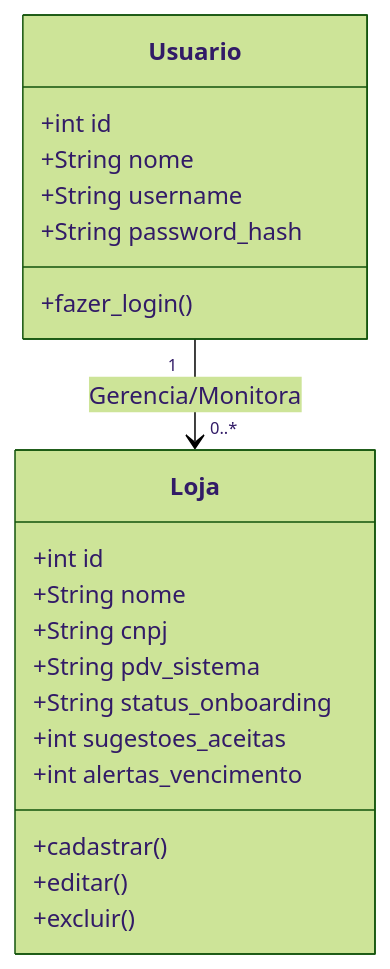
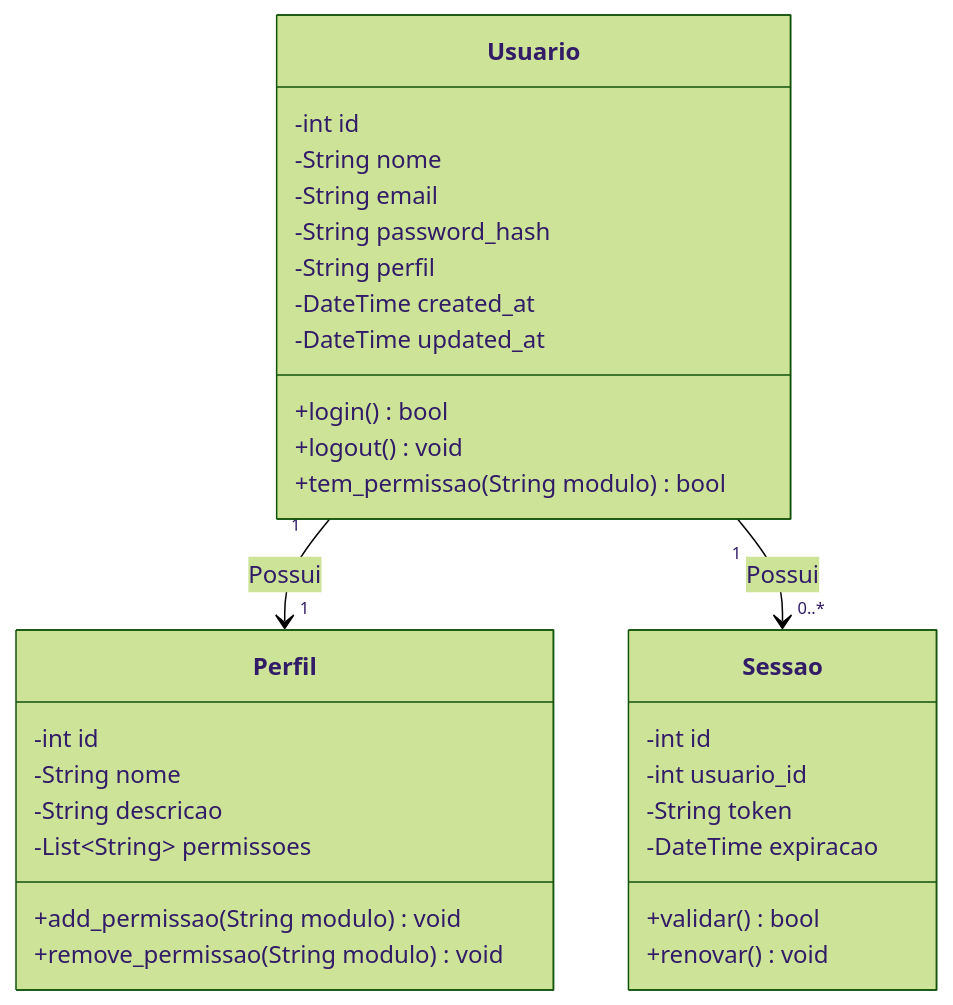
The ninth of 17 diagrams in PLANEJAMENTO.md (LeidySts/PharmaConekt), drawn with Mermaid (forest theme) before and after one commit. The commit also changed other lines of this file, not shown here.

First line of the commit message:
DIAGRAMA DE CLASSES

````diff
--- a/PLANEJAMENTO.md
+++ b/PLANEJAMENTO.md
@@ -359,24 +361,36 @@
 ```mermaid
 classDiagram
     class Usuario {
-        +int id
-        +String nome
-        +String username
-        +String password_hash
-        +fazer_login()
-    }
-    class Loja {
-        +int id
-        +String nome
-        +String cnpj
-        +String pdv_sistema
-        +String status_onboarding
-        +int sugestoes_aceitas
-        +int alertas_vencimento
-        +cadastrar()
-        +editar()
-        +excluir()
+        -int id
+        -String nome
+        -String email
+        -String password_hash
+        -String perfil
+        -DateTime created_at
+        -DateTime updated_at
+        +login() bool
+        +logout() void
+        +tem_permissao(String modulo) bool
     }
 
-    Usuario "1" --> "0..*" Loja : Gerencia/Monitora
+    class Perfil {
+        -int id
+        -String nome
+        -String descricao
+        -List~String~ permissoes
+        +add_permissao(String modulo) void
+        +remove_permissao(String modulo) void
+    }
+
+    class Sessao {
+        -int id
+        -int usuario_id
+        -String token
+        -DateTime expiracao
+        +validar() bool
+        +renovar() void
+    }
+
+    Usuario "1" --> "1" Perfil : Possui
+    Usuario "1" --> "0..*" Sessao : Possui
 ```
````
